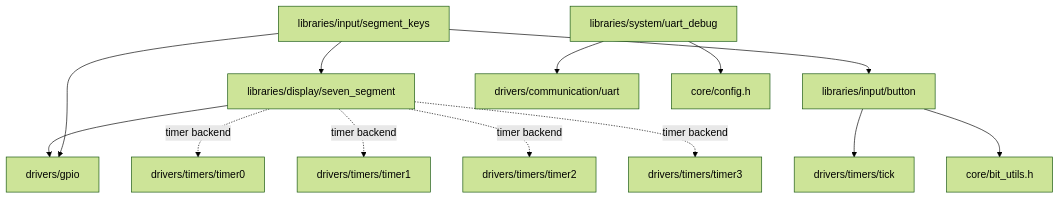
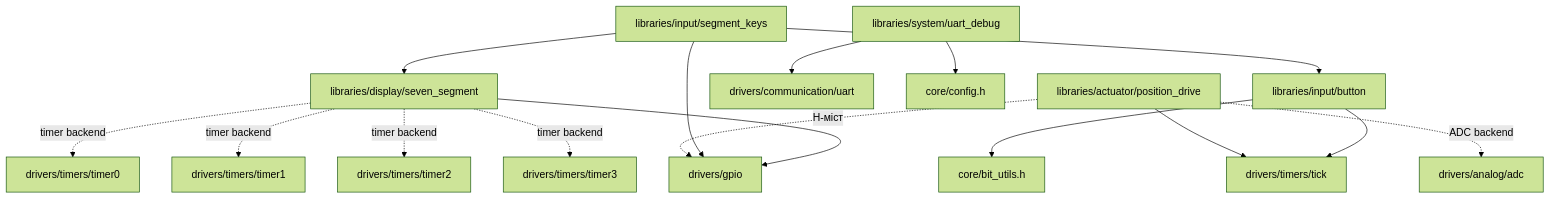
Before and after one commit to anatoliWeb/pic-platform: the fourth of 7 diagrams in docs/architecture/dependency-graph.ua.md, drawn with Mermaid (forest theme). The commit also changed other lines of this file and 13 other files, not shown here.

First line of the commit message:
docs(position-drive): document actuator control workflow

````diff
--- a/docs/architecture/dependency-graph.ua.md
+++ b/docs/architecture/dependency-graph.ua.md
@@ -61,18 +66,22 @@
 ```mermaid
 flowchart TD
     SEG[libraries/display/seven_segment] --> GPIO[drivers/gpio]
     SEG -. timer backend .-> T0[drivers/timers/timer0]
     SEG -. timer backend .-> T1[drivers/timers/timer1]
     SEG -. timer backend .-> T2[drivers/timers/timer2]
     SEG -. timer backend .-> T3[drivers/timers/timer3]
 
     BTN[libraries/input/button] --> TICK[drivers/timers/tick]
     BTN --> BIT[core/bit_utils.h]
 
     KYS[libraries/input/segment_keys] --> SEG
     KYS --> BTN
     KYS --> GPIO
 
     UDBG[libraries/system/uart_debug] --> UART[drivers/communication/uart]
     UDBG --> CONF[core/config.h]
+
+    PDRV[libraries/actuator/position_drive] --> TICK[drivers/timers/tick]
+    PDRV -. ADC backend .-> ADC[drivers/analog/adc]
+    PDRV -. H-міст .-> GPIO[drivers/gpio]
 ```
````
